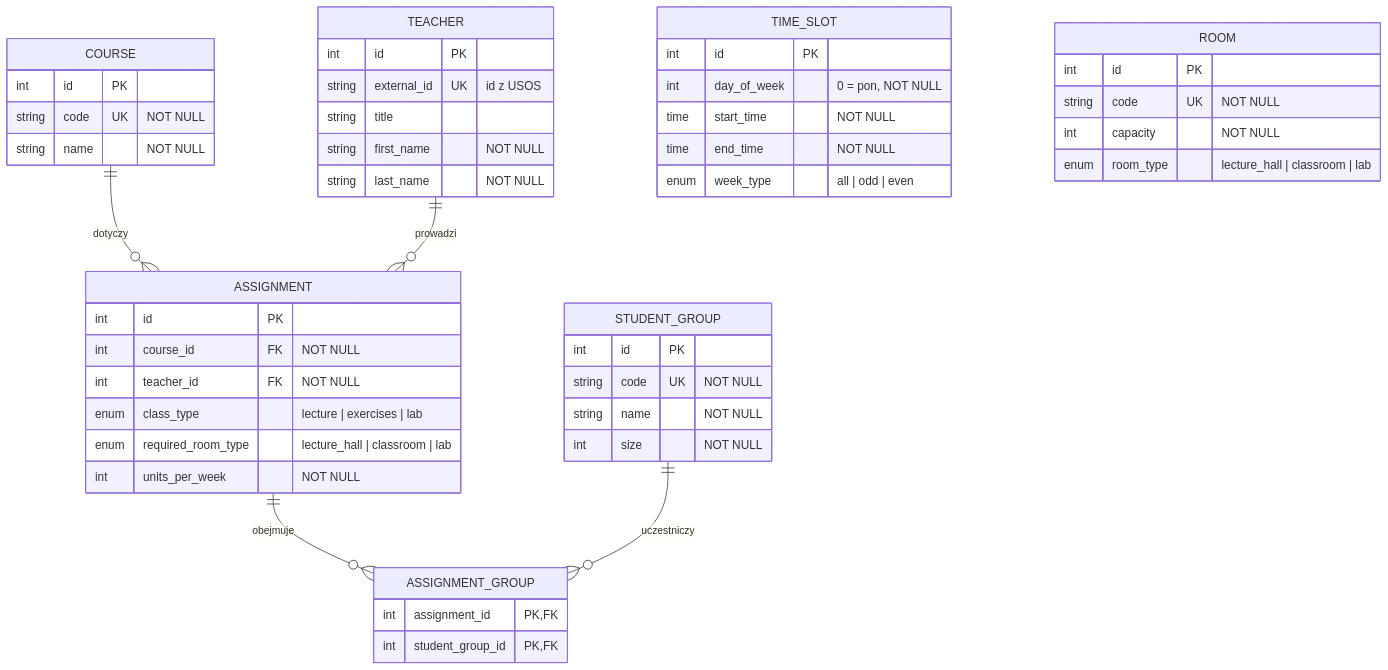
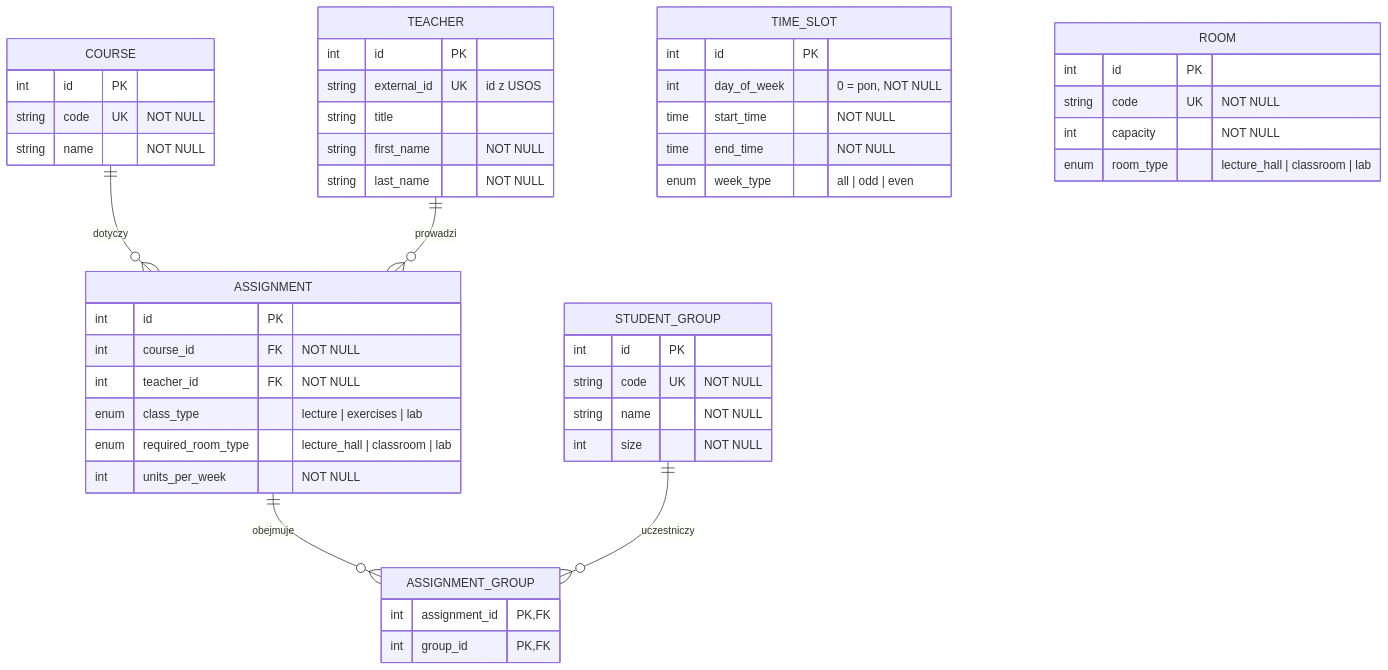
One commit to AleksyBukowski/ukladanie-planu-wmi changed the second of 2 diagrams in docs/architektura.md. Above: the diagram before and after it, drawn with Mermaid. The commit also changed 2 other files, not shown here.

Commit message:
SCRUM-19: naprawa testu Assignment.groups i formatowania ruff
- Poprawiono test_assignment_links_course_teacher_and_group – użycie
  `groups=[...]` zamiast nieistniejącego już `group=` (relacja M:N po
  migracji z b0f70b6/2ffb2b3), zaktualizowano asercję do `groups[0]`
- Odpalono `ruff format` na domain.py – ujednolicenie zawijania linii
  do limitu 100 znaków (ck_time_slots_*, mapped_column, relationship)
- Poprawiono literówkę w ERD (docs/architektura.md): kolumna
  ASSIGNMENT_GROUP to `group_id`, nie `student_group_id`

````diff
--- a/docs/architektura.md
+++ b/docs/architektura.md
@@ -33,51 +33,51 @@
 ```mermaid
 erDiagram
     COURSE ||--o{ ASSIGNMENT : "dotyczy"
     TEACHER ||--o{ ASSIGNMENT : "prowadzi"
     ASSIGNMENT ||--o{ ASSIGNMENT_GROUP : "obejmuje"
     STUDENT_GROUP ||--o{ ASSIGNMENT_GROUP : "uczestniczy"
 
     TIME_SLOT {
         int id PK
         int day_of_week "0 = pon, NOT NULL"
         time start_time "NOT NULL"
         time end_time "NOT NULL"
         enum week_type "all | odd | even"
     }
     ROOM {
         int id PK
         string code UK "NOT NULL"
         int capacity "NOT NULL"
         enum room_type "lecture_hall | classroom | lab"
     }
     STUDENT_GROUP {
         int id PK
         string code UK "NOT NULL"
         string name "NOT NULL"
         int size "NOT NULL"
     }
     TEACHER {
         int id PK
         string external_id UK "id z USOS"
         string title
         string first_name "NOT NULL"
         string last_name "NOT NULL"
     }
     COURSE {
         int id PK
         string code UK "NOT NULL"
         string name "NOT NULL"
     }
     ASSIGNMENT {
         int id PK
         int course_id FK "NOT NULL"
         int teacher_id FK "NOT NULL"
         enum class_type "lecture | exercises | lab"
         enum required_room_type "lecture_hall | classroom | lab"
         int units_per_week "NOT NULL"
     }
     ASSIGNMENT_GROUP {
         int assignment_id PK, FK
-        int student_group_id PK, FK
+        int group_id PK, FK
     }
 ```
````
